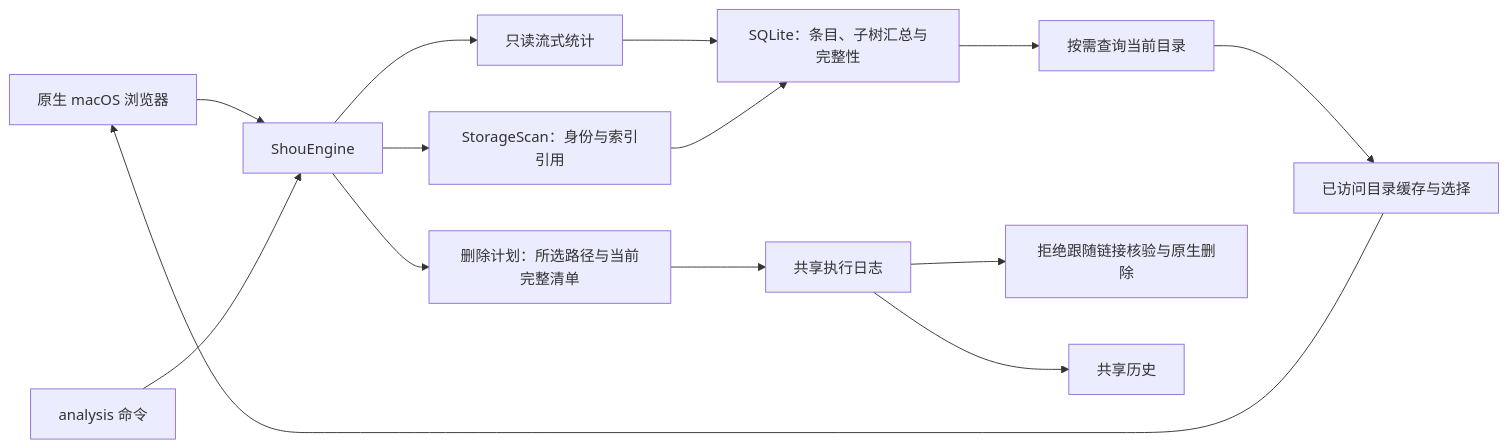
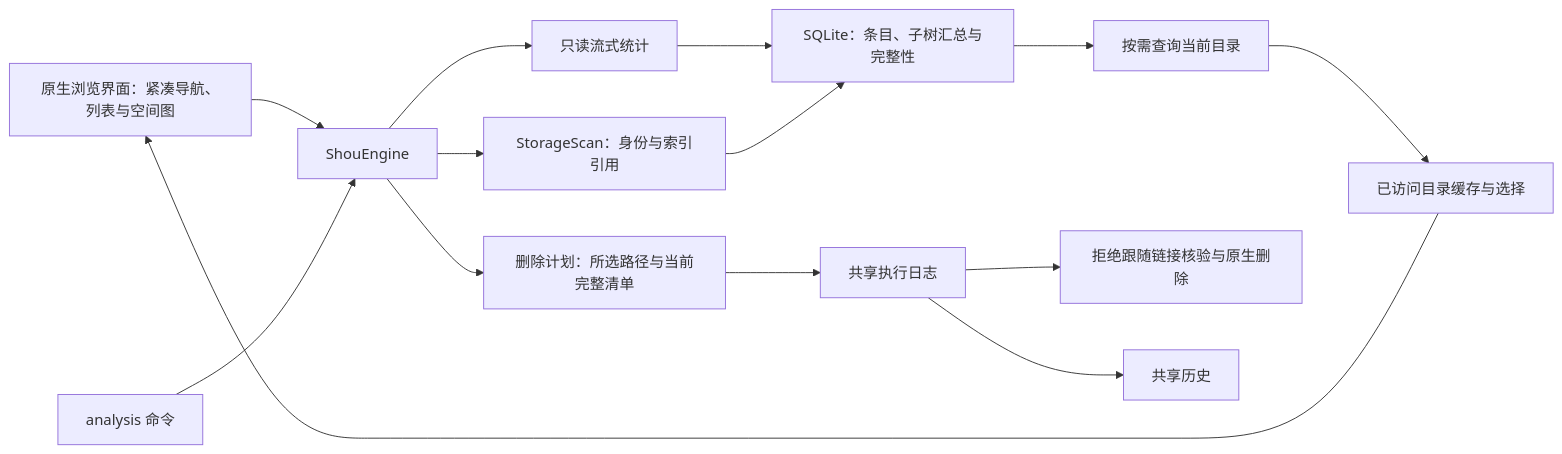
One commit to limecloud/shou changed the first of 5 diagrams in docs/zh-CN/product/space-analysis.md. Above: the diagram before and after it, drawn with Mermaid. The commit also changed other lines of this file and 50 other files, not shown here.

````diff
--- a/docs/zh-CN/product/space-analysis.md
+++ b/docs/zh-CN/product/space-analysis.md
@@ -16,16 +17,16 @@
 ```mermaid
 flowchart LR
-  UI[原生 macOS 浏览器] --> Core[ShouEngine]
+  UI[原生浏览界面：紧凑导航、列表与空间图] --> Core[ShouEngine]
   CLI[analysis 命令] --> Core
   Core --> Worker[只读流式统计]
   Worker --> Catalog[SQLite：条目、子树汇总与完整性]
   Core --> Scan[StorageScan：身份与索引引用]
   Scan --> Catalog
   Catalog --> Query[按需查询当前目录]
   Query --> Cache[已访问目录缓存与选择]
   Cache --> UI
   Core --> Plan[删除计划：所选路径与当前完整清单]
   Plan --> Journal[共享执行日志]
   Journal --> FS[拒绝跟随链接核验与原生删除]
   Journal --> History[共享历史]
 ```
````
